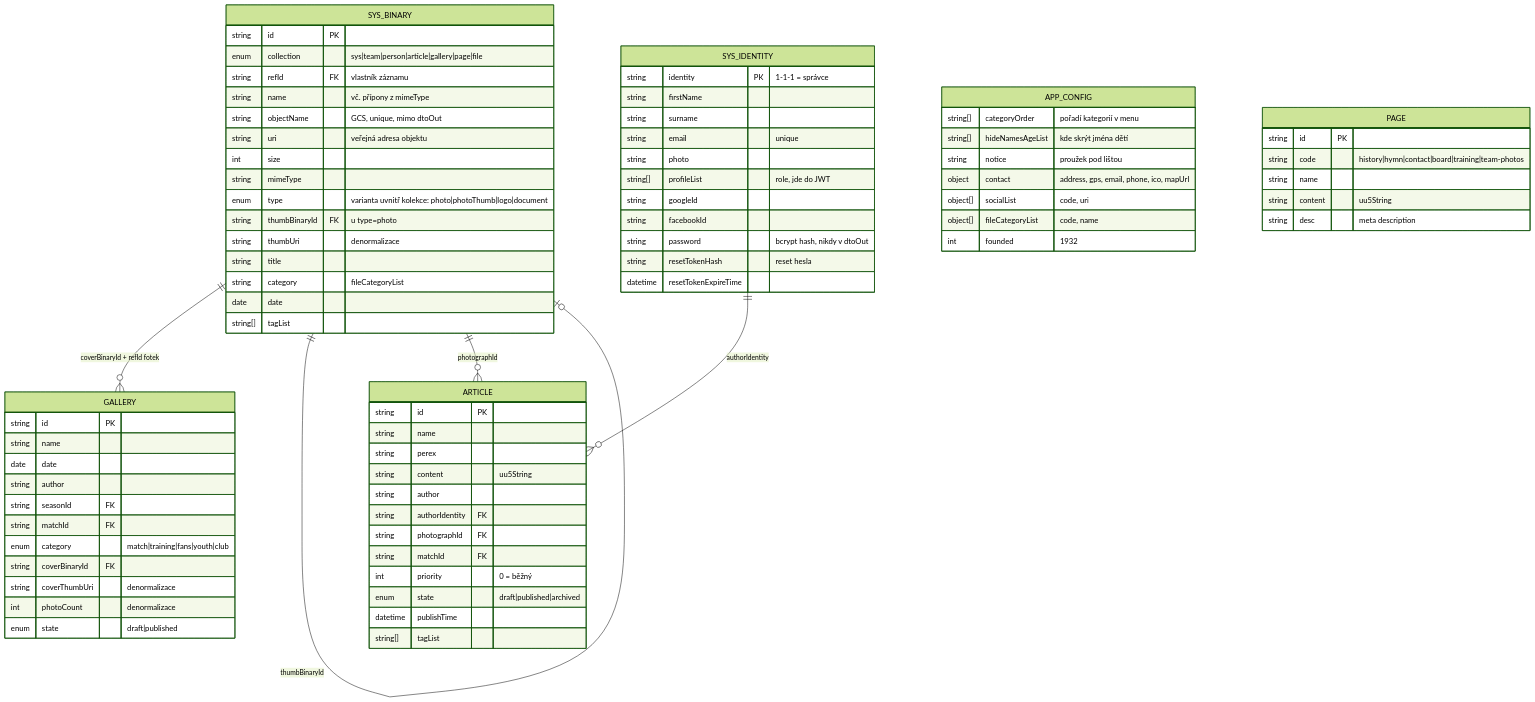
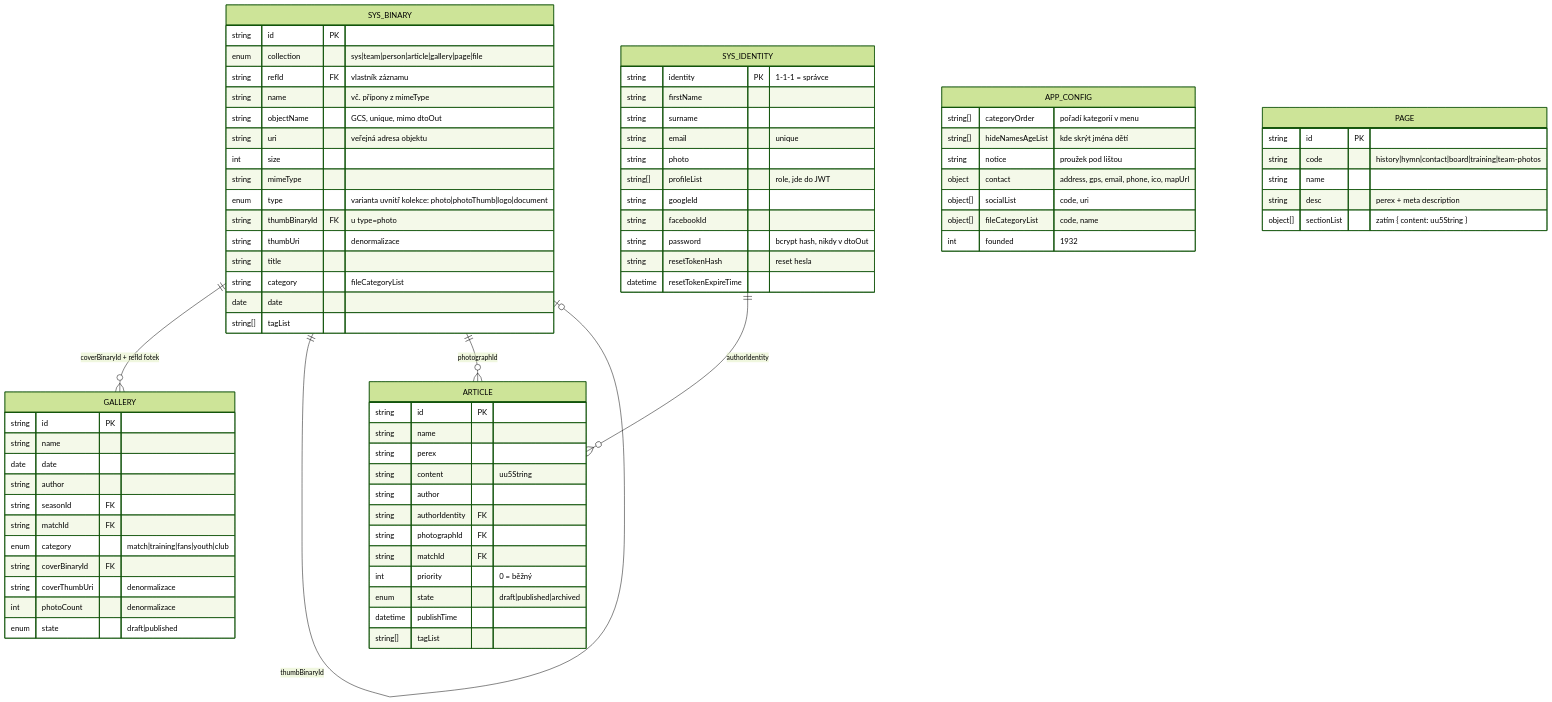
The third of 3 diagrams in design/data-model.md (capo00/afkbratcice), drawn with Mermaid (forest theme) before and after one commit. The commit also changed other lines of this file and 5 other files, not shown here.

First line of the commit message:
docs(design): stránka má sectionList, perex je vždy samostatný desc

````diff
--- a/design/data-model.md
+++ b/design/data-model.md
@@ -143,81 +143,81 @@
 ```mermaid
 erDiagram
     GALLERY {
         string id PK
         string name
         date   date
         string author
         string seasonId FK
         string matchId FK
         enum   category "match|training|fans|youth|club"
         string coverBinaryId FK
         string coverThumbUri "denormalizace"
         int    photoCount "denormalizace"
         enum   state "draft|published"
     }
     SYS_BINARY {
         string   id PK
         enum     collection "sys|team|person|article|gallery|page|file"
         string   refId FK "vlastník záznamu"
         string   name "vč. přípony z mimeType"
         string   objectName "GCS, unique, mimo dtoOut"
         string   uri "veřejná adresa objektu"
         int      size
         string   mimeType
         enum     type "varianta uvnitř kolekce: photo|photoThumb|logo|document"
         string   thumbBinaryId FK "u type=photo"
         string   thumbUri "denormalizace"
         string   title
         string   category "fileCategoryList"
         date     date
         string[] tagList
     }
     SYS_IDENTITY {
         string   identity PK "1-1-1 = správce"
         string   firstName
         string   surname
         string   email "unique"
         string   photo
         string[] profileList "role, jde do JWT"
         string   googleId
         string   facebookId
         string   password "bcrypt hash, nikdy v dtoOut"
         string   resetTokenHash "reset hesla"
         datetime resetTokenExpireTime
     }
     APP_CONFIG {
         string[] categoryOrder "pořadí kategorií v menu"
         string[] hideNamesAgeList "kde skrýt jména dětí"
         string   notice "proužek pod lištou"
         object   contact "address, gps, email, phone, ico, mapUrl"
         object[] socialList "code, uri"
         object[] fileCategoryList "code, name"
         int      founded "1932"
     }
     ARTICLE {
         string   id PK
         string   name
         string   perex
         string   content "uu5String"
         string   author
         string   authorIdentity FK
         string   photographId FK
         string   matchId FK
         int      priority "0 = běžný"
         enum     state "draft|published|archived"
         datetime publishTime
         string[] tagList
     }
     PAGE {
-        string id PK
-        string code "history|hymn|contact|board|training|team-photos"
-        string name
-        string content "uu5String"
-        string desc "meta description"
+        string   id PK
+        string   code "history|hymn|contact|board|training|team-photos"
+        string   name
+        string   desc "perex + meta description"
+        object[] sectionList "zatím { content: uu5String }"
     }
 
     SYS_BINARY   ||--o{ GALLERY     : "coverBinaryId + refId fotek"
     SYS_BINARY   ||--o| SYS_BINARY  : "thumbBinaryId"
     SYS_BINARY   ||--o{ ARTICLE     : "photographId"
     SYS_IDENTITY ||--o{ ARTICLE     : "authorIdentity"
 ```
````
